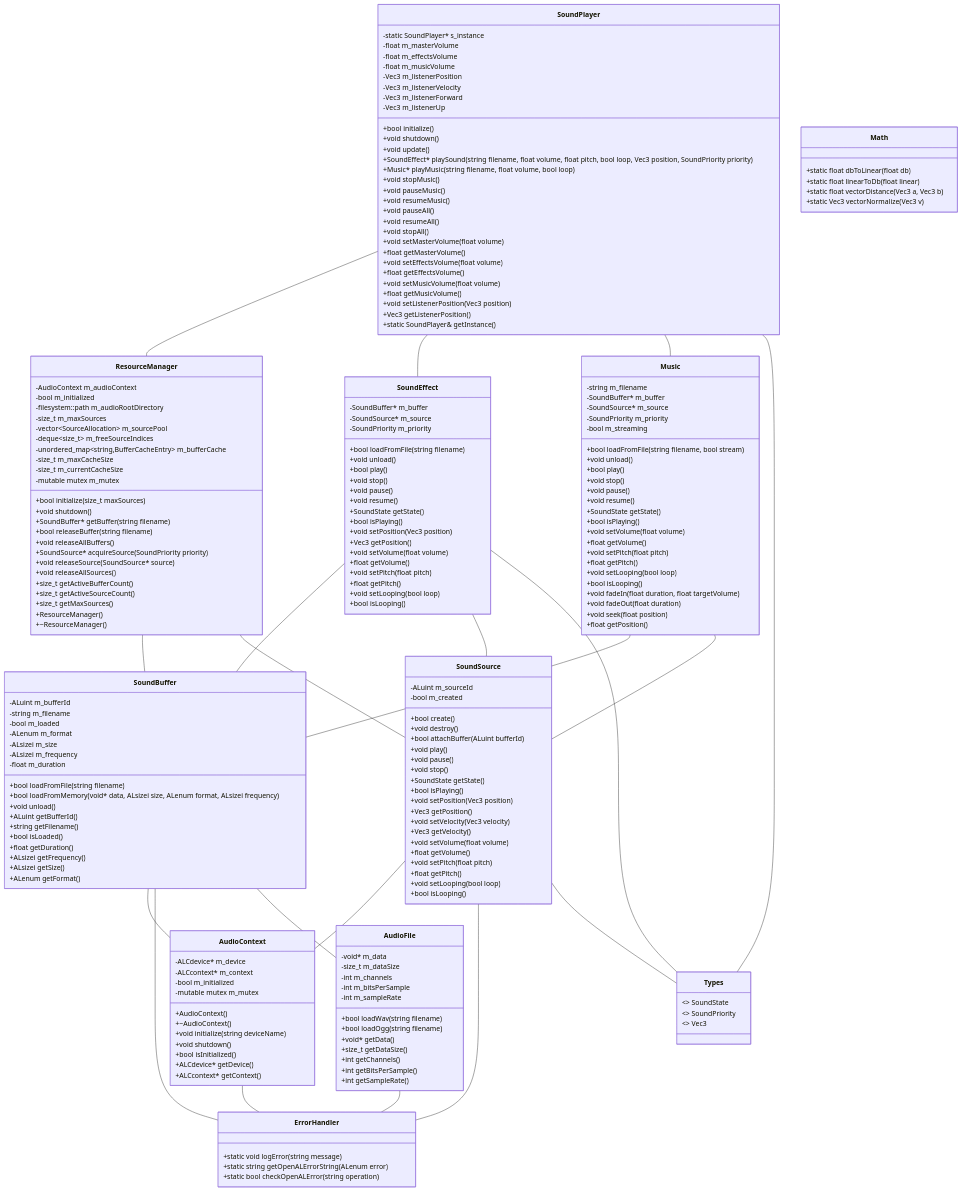
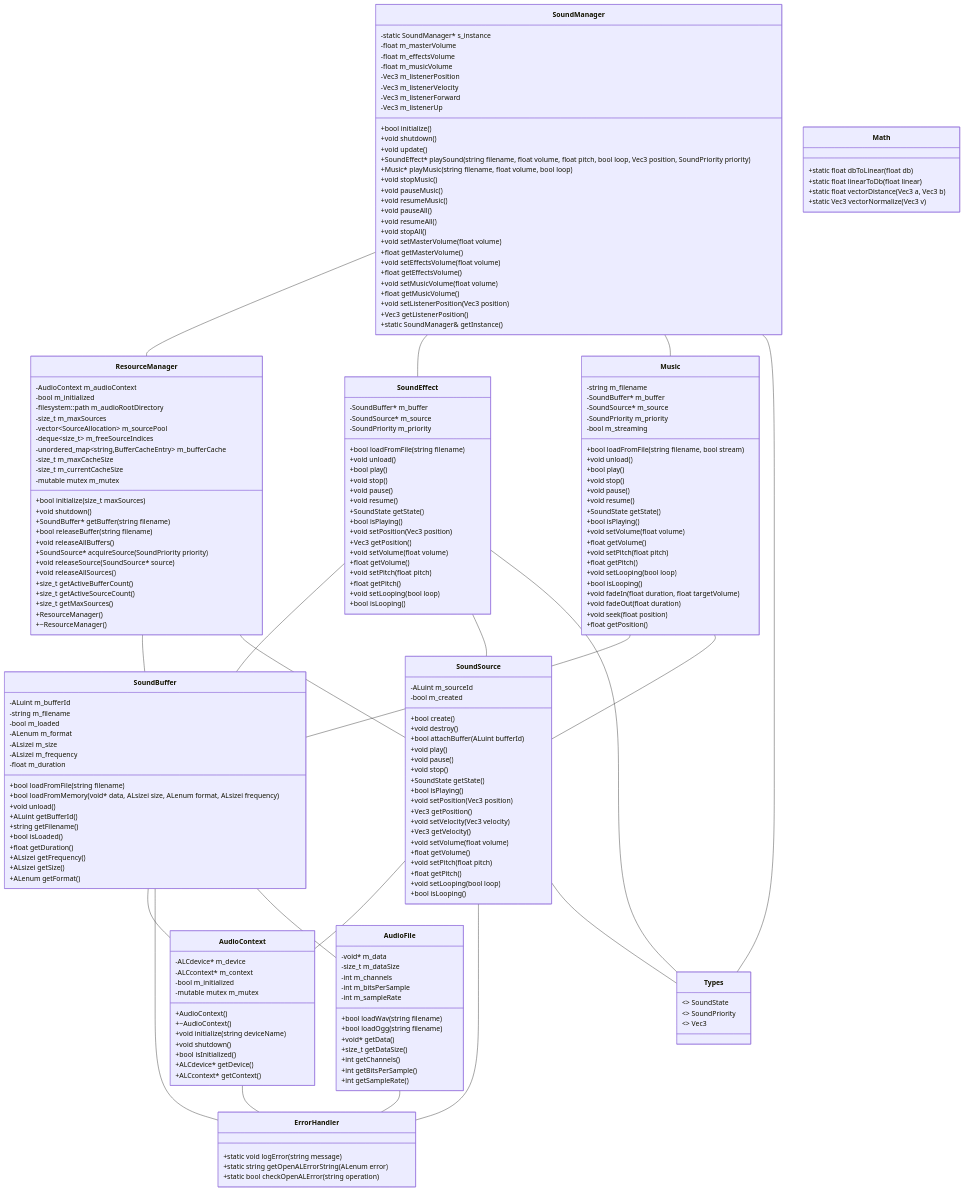
One commit to nircoe/soundcoe changed the diagram in design/class.md. Above: the diagram before and after it, drawn with Mermaid. The commit also changed 29 other files, not shown here.

First line of the commit message:
[Core]: Implement sound manager and public API (#3)

````diff
--- a/design/class.md
+++ b/design/class.md
@@ -146,8 +146,8 @@
         +float getPosition()
     }
     
-    class SoundPlayer {
-        -static SoundPlayer* s_instance
+    class SoundManager {
+        -static SoundManager* s_instance
         -float m_masterVolume
         -float m_effectsVolume
         -float m_musicVolume
@@ -174,7 +174,7 @@
         +float getMusicVolume()
         +void setListenerPosition(Vec3 position)
         +Vec3 getListenerPosition()
-        +static SoundPlayer& getInstance()
+        +static SoundManager& getInstance()
     }
     
     %% Utils Layer
@@ -221,10 +221,10 @@
     Music -- SoundBuffer
     Music -- SoundSource
     
-    SoundPlayer -- ResourceManager
-    SoundPlayer -- SoundEffect
-    SoundPlayer -- Music
-    SoundPlayer -- Types
+    SoundManager -- ResourceManager
+    SoundManager -- SoundEffect
+    SoundManager -- Music
+    SoundManager -- Types
     
     AudioFile -- ErrorHandler
 ```
````
